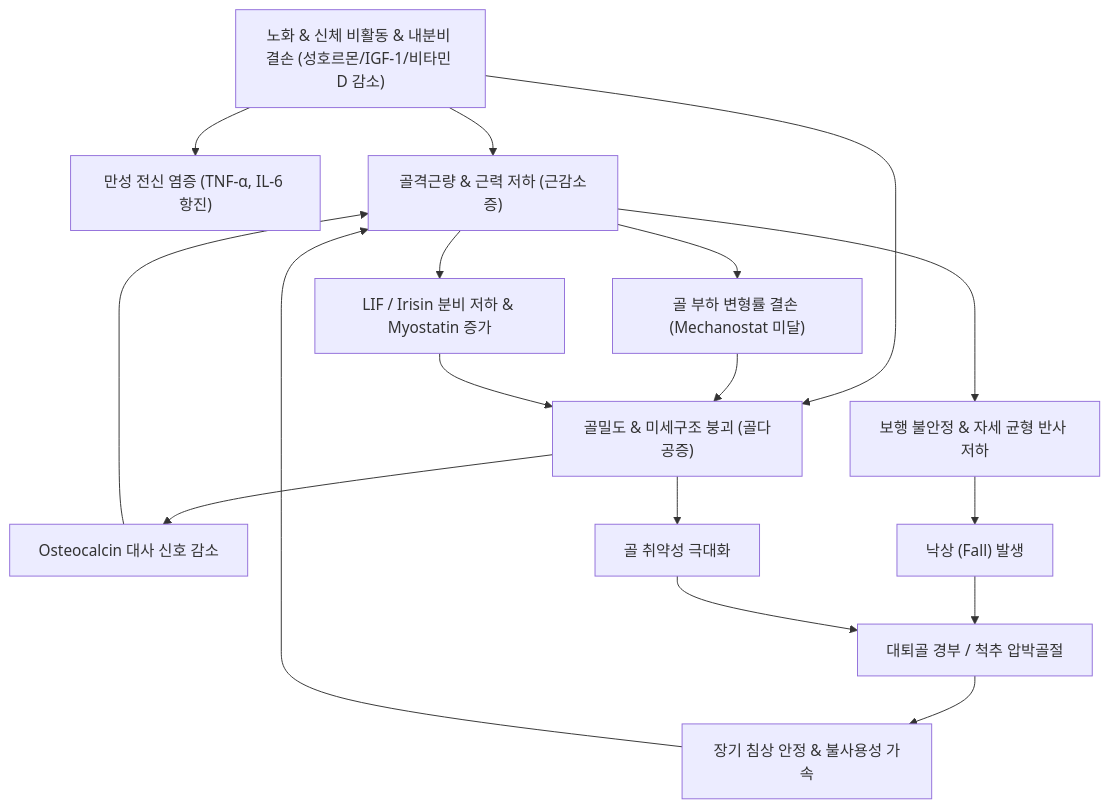
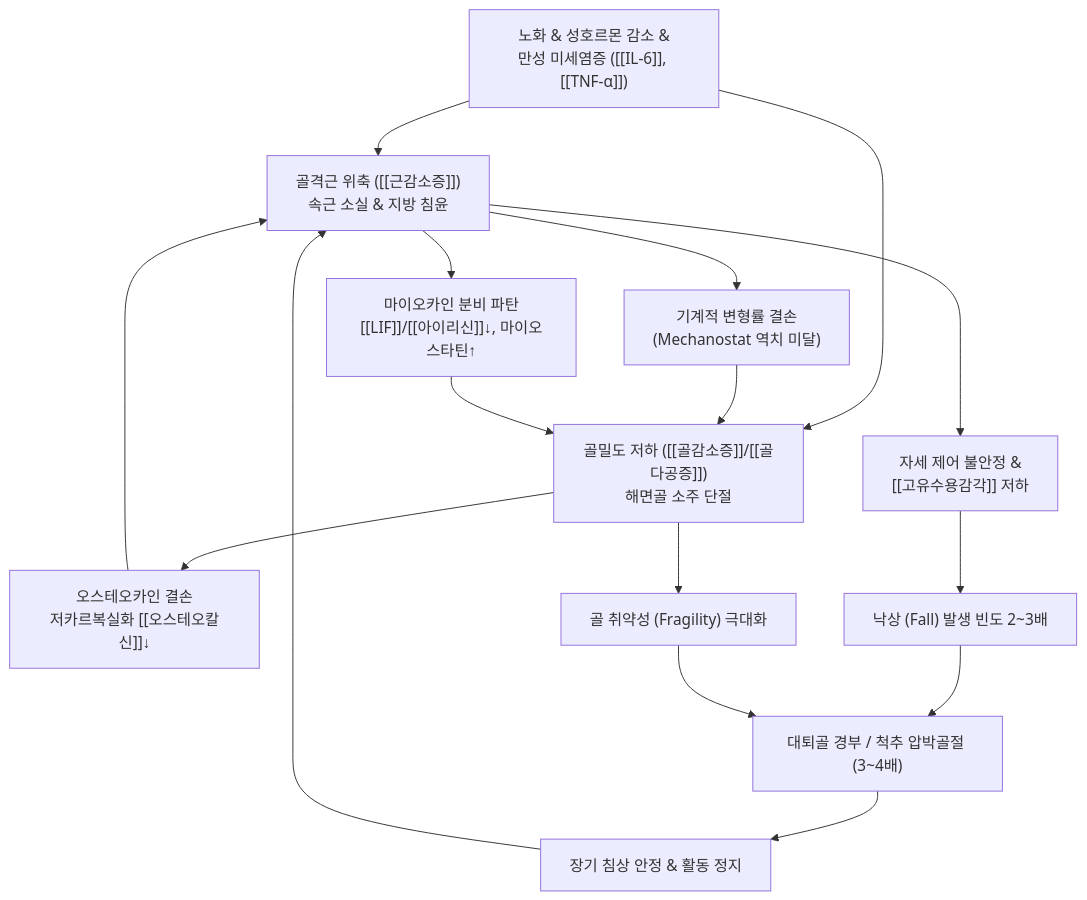
Before and after one commit to simbio11/simbio-digital-garden2: the diagram in content/3. 이론 공부/질환/근골격계 질환/기타/골감소성 근감소증.md, drawn with Mermaid. The commit also changed other lines of this file and 147 other files, not shown here.

````diff
--- a/content/3. 이론 공부/질환/근골격계 질환/기타/골감소성 근감소증.md
+++ b/content/3. 이론 공부/질환/근골격계 질환/기타/골감소성 근감소증.md
@@ -85,22 +136,17 @@
 ```mermaid
-flowchart TD
-    Aging["노화 & 신체 비활동 & 내분비 결손 (성호르몬/IGF-1/비타민 D 감소)"] --> ChronicInflammation["만성 전신 염증 (TNF-α, IL-6 항진)"]
-    Aging --> MuscleAtrophy["골격근량 & 근력 저하 (근감소증)"]
-    Aging --> BoneLoss["골밀도 & 미세구조 붕괴 (골다공증)"]
-
-    MuscleAtrophy --> MechanostatDrop["골 부하 변형률 결손 (Mechanostat 미달)"]
-    MuscleAtrophy --> MyokineDeficit["LIF / Irisin 분비 저하 & Myostatin 증가"]
-
-    MechanostatDrop --> BoneLoss
-    MyokineDeficit --> BoneLoss
-
-    BoneLoss --> OsteokineDeficit["Osteocalcin 대사 신호 감소"]
-    OsteokineDeficit --> MuscleAtrophy
-
-    MuscleAtrophy --> BalanceFailure["보행 불안정 & 자세 균형 반사 저하"]
-    BalanceFailure --> Fall["낙상 (Fall) 발생"]
-    BoneLoss --> BoneFragility["골 취약성 극대화"]
-    Fall & BoneFragility --> Fracture["대퇴골 경부 / 척추 압박골절"]
-    Fracture --> BedRest["장기 침상 안정 & 불사용성 가속"]
-    BedRest --> MuscleAtrophy
+graph TD
+    Aging["노화 & 성호르몬 감소 &<br/>만성 미세염증 ([[IL-6]], [[TNF-α]])"] --> Sarcopenia["골격근 위축 ([[근감소증]])<br/>속근 소실 & 지방 침윤"]
+    Aging --> Osteopenia["골밀도 저하 ([[골감소증]]/[[골다공증]])<br/>해면골 소주 단절"]
+    Sarcopenia --> MechanostatLoss["기계적 변형률 결손<br/>(Mechanostat 역치 미달)"]
+    Sarcopenia --> MyokineFailure["마이오카인 분비 파탄<br/>[[LIF]]/[[아이리신]]↓, 마이오스타틴↑"]
+    MechanostatLoss --> Osteopenia
+    MyokineFailure --> Osteopenia
+    Osteopenia --> OsteokineFailure["오스테오카인 결손<br/>저카르복실화 [[오스테오칼신]]↓"]
+    OsteokineFailure --> Sarcopenia
+    Sarcopenia --> BalanceDeficit["자세 제어 불안정 &<br/>[[고유수용감각]] 저하"]
+    BalanceDeficit --> Fall["낙상 (Fall) 발생 빈도 2~3배"]
+    Osteopenia --> Fragility["골 취약성 (Fragility) 극대화"]
+    Fall & Fragility --> Fracture["대퇴골 경부 / 척추 압박골절 (3~4배)"]
+    Fracture --> BedRest["장기 침상 안정 & 활동 정지"]
+    BedRest --> Sarcopenia
 ```
````
